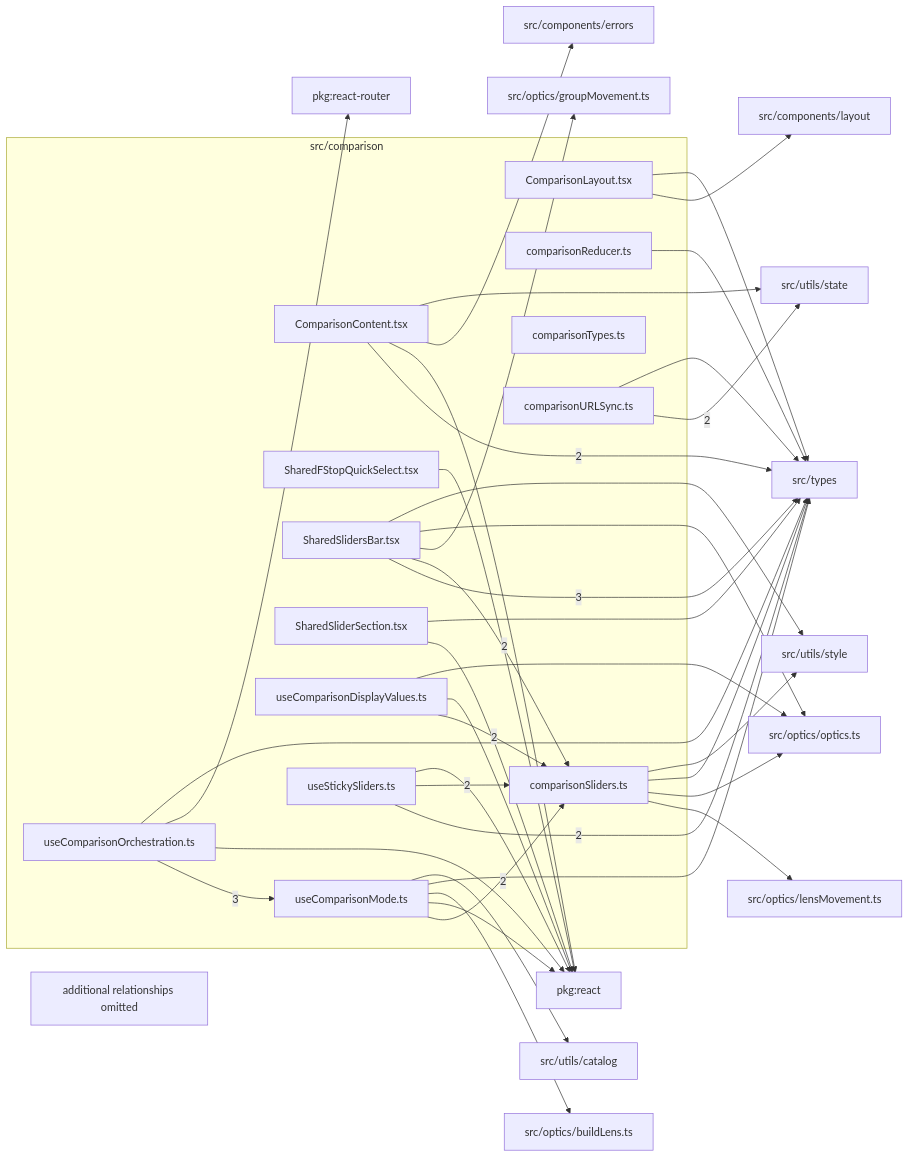
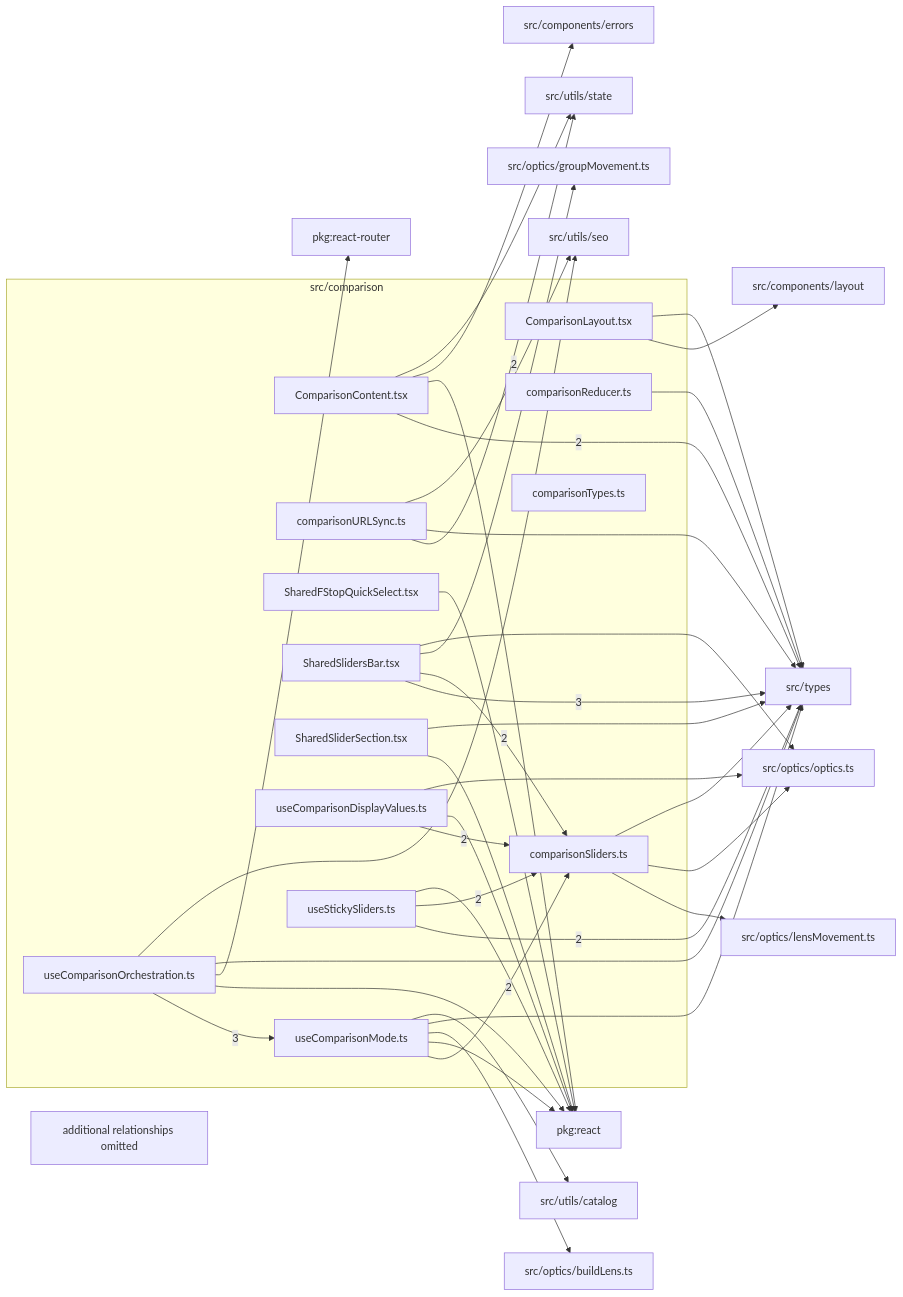
One commit to ronbuening/LensVisualizer changed the diagram in src/comparison/readme.md. Above: the diagram before and after it, drawn with Mermaid. The commit also changed other lines of this file and 38 other files, not shown here.

````diff
--- a/src/comparison/readme.md
+++ b/src/comparison/readme.md
@@ -9,67 +9,67 @@
 ```mermaid
 flowchart LR
   subgraph n_src_comparison["src/comparison"]
     n_src_comparison_src_comparison_ComparisonContent_tsx["ComparisonContent.tsx"]
     n_src_comparison_src_comparison_ComparisonLayout_tsx["ComparisonLayout.tsx"]
     n_src_comparison_src_comparison_comparisonReducer_ts["comparisonReducer.ts"]
     n_src_comparison_src_comparison_comparisonSliders_ts["comparisonSliders.ts"]
     n_src_comparison_src_comparison_comparisonTypes_ts["comparisonTypes.ts"]
     n_src_comparison_src_comparison_comparisonURLSync_ts["comparisonURLSync.ts"]
     n_src_comparison_src_comparison_SharedFStopQuickSelect_tsx["SharedFStopQuickSelect.tsx"]
     n_src_comparison_src_comparison_SharedSlidersBar_tsx["SharedSlidersBar.tsx"]
     n_src_comparison_src_comparison_SharedSliderSection_tsx["SharedSliderSection.tsx"]
     n_src_comparison_src_comparison_useComparisonDisplayValues_ts["useComparisonDisplayValues.ts"]
     n_src_comparison_src_comparison_useComparisonMode_ts["useComparisonMode.ts"]
     n_src_comparison_src_comparison_useComparisonOrchestration_ts["useComparisonOrchestration.ts"]
     n_src_comparison_src_comparison_useStickySliders_ts["useStickySliders.ts"]
   end
   n_external_src_types["src/types"]
   n_external_src_utils_state["src/utils/state"]
   n_external_pkg_react["pkg:react"]
   n_external_pkg_react_router["pkg:react-router"]
   n_external_src_components_errors["src/components/errors"]
   n_external_src_components_layout["src/components/layout"]
   n_external_src_optics_buildLens_ts["src/optics/buildLens.ts"]
   n_external_src_optics_groupMovement_ts["src/optics/groupMovement.ts"]
   n_external_src_optics_lensMovement_ts["src/optics/lensMovement.ts"]
   n_external_src_optics_optics_ts["src/optics/optics.ts"]
   n_external_src_utils_catalog["src/utils/catalog"]
-  n_external_src_utils_style["src/utils/style"]
+  n_external_src_utils_seo["src/utils/seo"]
   n_src_comparison_src_comparison_SharedSlidersBar_tsx --> |3| n_external_src_types
   n_src_comparison_src_comparison_useComparisonOrchestration_ts --> |3| n_src_comparison_src_comparison_useComparisonMode_ts
   n_src_comparison_src_comparison_ComparisonContent_tsx --> |2| n_external_src_types
   n_src_comparison_src_comparison_useStickySliders_ts --> |2| n_external_src_types
   n_src_comparison_src_comparison_comparisonURLSync_ts --> |2| n_external_src_utils_state
   n_src_comparison_src_comparison_SharedSlidersBar_tsx --> |2| n_src_comparison_src_comparison_comparisonSliders_ts
   n_src_comparison_src_comparison_useComparisonDisplayValues_ts --> |2| n_src_comparison_src_comparison_comparisonSliders_ts
   n_src_comparison_src_comparison_useComparisonMode_ts --> |2| n_src_comparison_src_comparison_comparisonSliders_ts
   n_src_comparison_src_comparison_useStickySliders_ts --> |2| n_src_comparison_src_comparison_comparisonSliders_ts
   n_src_comparison_src_comparison_ComparisonContent_tsx --> n_external_pkg_react
   n_src_comparison_src_comparison_SharedFStopQuickSelect_tsx --> n_external_pkg_react
   n_src_comparison_src_comparison_SharedSliderSection_tsx --> n_external_pkg_react
   n_src_comparison_src_comparison_useComparisonDisplayValues_ts --> n_external_pkg_react
   n_src_comparison_src_comparison_useComparisonMode_ts --> n_external_pkg_react
   n_src_comparison_src_comparison_useComparisonOrchestration_ts --> n_external_pkg_react
   n_src_comparison_src_comparison_useStickySliders_ts --> n_external_pkg_react
   n_src_comparison_src_comparison_useComparisonOrchestration_ts --> n_external_pkg_react_router
   n_src_comparison_src_comparison_ComparisonContent_tsx --> n_external_src_components_errors
   n_src_comparison_src_comparison_ComparisonLayout_tsx --> n_external_src_components_layout
   n_src_comparison_src_comparison_useComparisonMode_ts --> n_external_src_optics_buildLens_ts
   n_src_comparison_src_comparison_SharedSlidersBar_tsx --> n_external_src_optics_groupMovement_ts
   n_src_comparison_src_comparison_comparisonSliders_ts --> n_external_src_optics_lensMovement_ts
   n_src_comparison_src_comparison_comparisonSliders_ts --> n_external_src_optics_optics_ts
   n_src_comparison_src_comparison_SharedSlidersBar_tsx --> n_external_src_optics_optics_ts
   n_src_comparison_src_comparison_useComparisonDisplayValues_ts --> n_external_src_optics_optics_ts
   n_src_comparison_src_comparison_ComparisonLayout_tsx --> n_external_src_types
   n_src_comparison_src_comparison_comparisonReducer_ts --> n_external_src_types
   n_src_comparison_src_comparison_comparisonSliders_ts --> n_external_src_types
   n_src_comparison_src_comparison_comparisonURLSync_ts --> n_external_src_types
   n_src_comparison_src_comparison_SharedSliderSection_tsx --> n_external_src_types
   n_src_comparison_src_comparison_useComparisonMode_ts --> n_external_src_types
   n_src_comparison_src_comparison_useComparisonOrchestration_ts --> n_external_src_types
   n_src_comparison_src_comparison_useComparisonMode_ts --> n_external_src_utils_catalog
+  n_src_comparison_src_comparison_comparisonURLSync_ts --> n_external_src_utils_seo
+  n_src_comparison_src_comparison_useComparisonOrchestration_ts --> n_external_src_utils_seo
   n_src_comparison_src_comparison_ComparisonContent_tsx --> n_external_src_utils_state
-  n_src_comparison_src_comparison_comparisonSliders_ts --> n_external_src_utils_style
-  n_src_comparison_src_comparison_SharedSlidersBar_tsx --> n_external_src_utils_style
   n_src_comparison_truncated["additional relationships omitted"]
 ```
````
